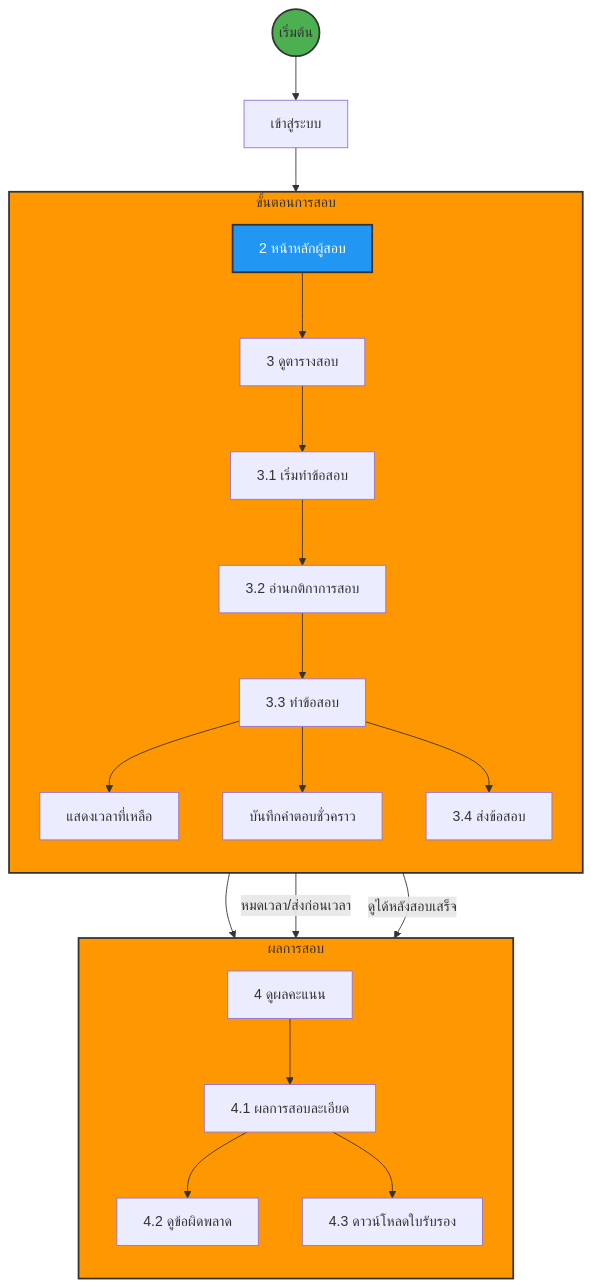
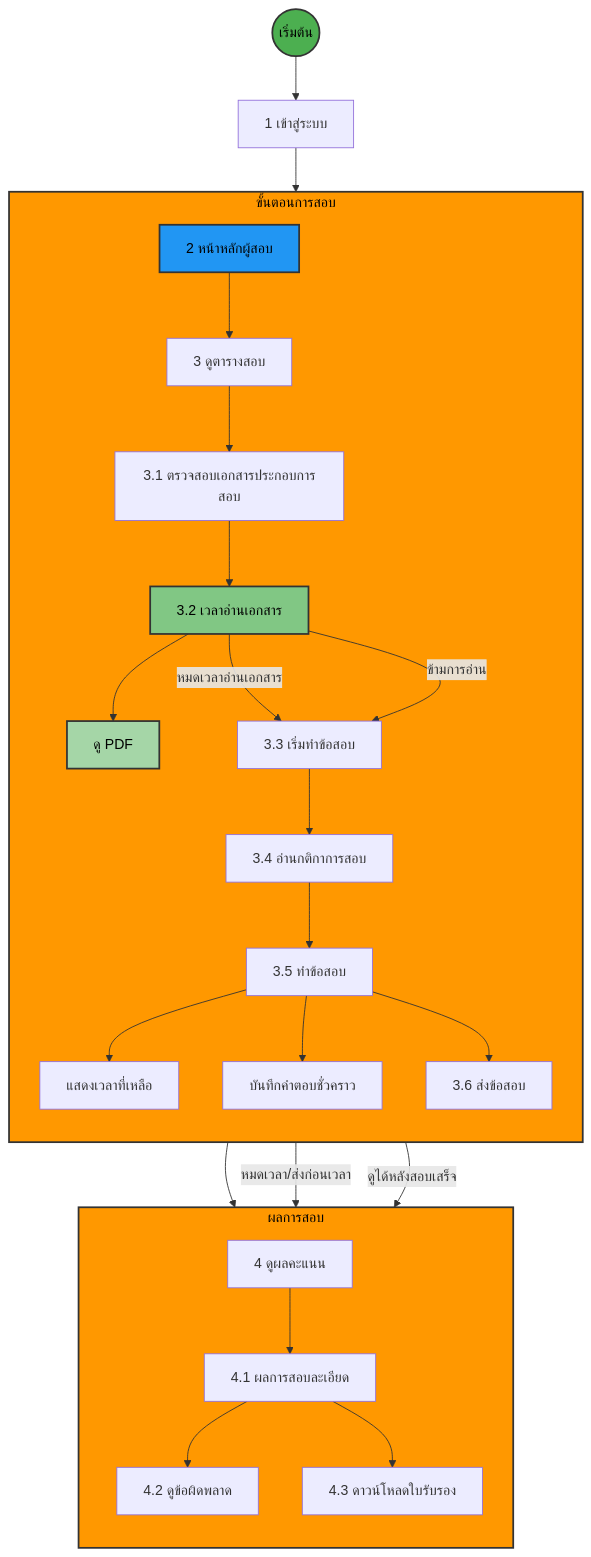
Before and after one commit to supagonava/ExamSystem: the second of 2 diagrams in readme.md, drawn with Mermaid. The commit also changed other lines of this file, not shown here.

Commit message:
feat: Add flow read document

````diff
--- a/readme.md
+++ b/readme.md
@@ -97,37 +98,46 @@
 ```mermaid
 flowchart TB
-    Start((เริ่มต้น)) --> Login[เข้าสู่ระบบ]
+    Start((เริ่มต้น)) --> Login[1 เข้าสู่ระบบ]
     Login --> Dashboard[2 หน้าหลักผู้สอบ]
 
     subgraph ExamProcess[ขั้นตอนการสอบ]
         direction TB
         Dashboard --> ViewSchedule[3 ดูตารางสอบ]
-        ViewSchedule --> StartExam[3.1 เริ่มทำข้อสอบ]
+        ViewSchedule --> CheckDocuments[3.1 ตรวจสอบเอกสารประกอบการสอบ]
 
-        StartExam --> ExamRules[3.2 อ่านกติกาการสอบ]
-        ExamRules --> DoExam[3.3 ทำข้อสอบ]
+        %% ระบบอ่านเอกสาร
+        CheckDocuments --> ReadingTime[3.2 เวลาอ่านเอกสาร]
+        ReadingTime --> ViewPDF[ดู PDF]
+
+        ReadingTime --> |หมดเวลาอ่านเอกสาร| StartExam[3.3 เริ่มทำข้อสอบ]
+        StartExam --> ExamRules[3.4 อ่านกติกาการสอบ]
+        ExamRules --> DoExam[3.5 ทำข้อสอบ]
 
         %% ระหว่างทำข้อสอบ
         DoExam --> TimeRemaining[แสดงเวลาที่เหลือ]
         DoExam --> SaveDraft[บันทึกคำตอบชั่วคราว]
 
-        DoExam --> Submit[3.4 ส่งข้อสอบ]
+        DoExam --> Submit[3.6 ส่งข้อสอบ]
     end
 
     subgraph Results[ผลการสอบ]
         direction TB
         Submit --> ViewScore[4 ดูผลคะแนน]
         ViewScore --> DetailedResults[4.1 ผลการสอบละเอียด]
         DetailedResults --> ViewMistakes[4.2 ดูข้อผิดพลาด]
         DetailedResults --> DownloadCert[4.3 ดาวน์โหลดใบรับรอง]
     end
 
     %% เพิ่มการเชื่อมโยงและเงื่อนไข
     Submit --> |หมดเวลา/ส่งก่อนเวลา| ViewScore
     Dashboard --> |ดูได้หลังสอบเสร็จ| ViewScore
+    ReadingTime --> |ข้ามการอ่าน| StartExam
 
-    style Start fill:#4CAF50,stroke:#333,stroke-width:2px
-    style Dashboard fill:#2196F3,stroke:#333,stroke-width:2px,color:white
-    style ExamProcess fill:#FF9800,stroke:#333,stroke-width:2px
-    style Results fill:#FF9800,stroke:#333,stroke-width:2px
+    %% สไตล์
+    style Start fill:#4CAF50,stroke:#333,stroke-width:2px,color:black
+    style Dashboard fill:#2196F3,stroke:#333,stroke-width:2px,color:black
+    style ExamProcess fill:#FF9800,stroke:#333,stroke-width:2px,color:black
+    style Results fill:#FF9800,stroke:#333,stroke-width:2px,color:black
+    style ReadingTime fill:#81C784,stroke:#333,stroke-width:2px,color:black
+    style ViewPDF fill:#A5D6A7,stroke:#333,stroke-width:2px,color:black
 ```
````
